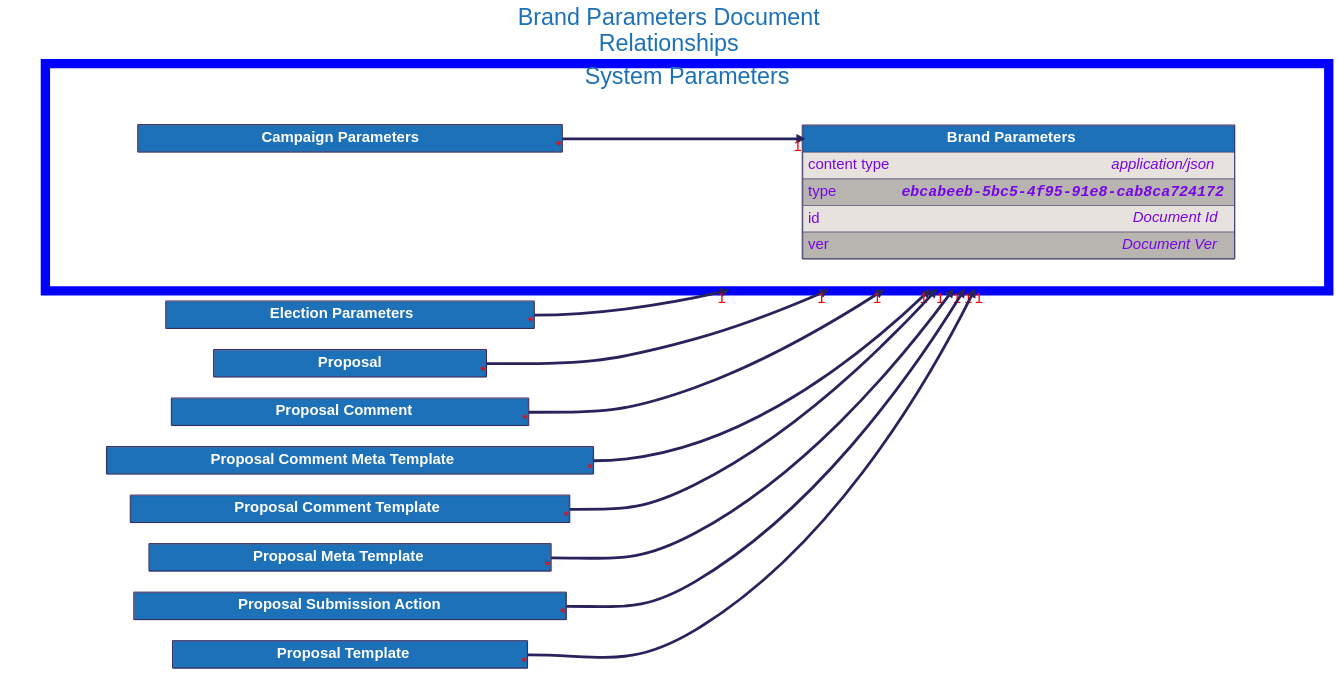
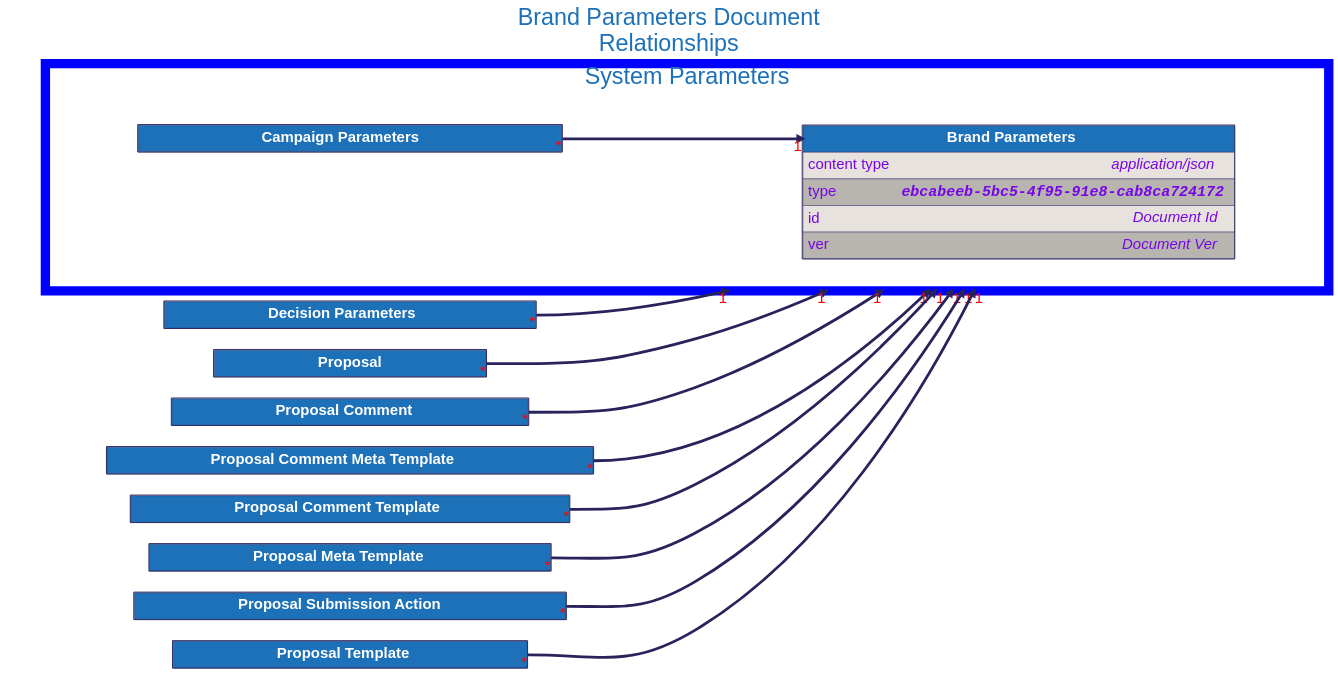
Before and after one commit to input-output-hk/catalyst-libs: the diagram in docs/src/architecture/08_concepts/signed_doc/diagrams/brand_parameters.dot, drawn with Graphviz. The commit also changed 10 other files, not shown here.

Commit message:
fix(docs): Rename Election Parameters to Decision parameters

```diff
--- a/docs/src/architecture/08_concepts/signed_doc/diagrams/brand_parameters.dot
+++ b/docs/src/architecture/08_concepts/signed_doc/diagrams/brand_parameters.dot
@@ -89,13 +89,13 @@
 
     }
 
-    "Election Parameters" [
-        id="Election Parameters";
+    "Decision Parameters" [
+        id="Decision Parameters";
         label=<
             <TABLE BORDER="2" COLOR="#29235c" CELLBORDER="1" CELLSPACING="0" CELLPADDING="10">
             <TR>
-                <TD PORT="title" BGCOLOR="#1d71b8" HREF="../election_parameters/">
-                    <FONT COLOR="#ffffff"><B> Election Parameters </B></FONT>
+                <TD PORT="title" BGCOLOR="#1d71b8" HREF="../decision_parameters/">
+                    <FONT COLOR="#ffffff"><B> Decision Parameters </B></FONT>
                 </TD>
             </TR>
 
@@ -210,7 +210,7 @@
 
 
     "Campaign Parameters":"title":e -> "Brand Parameters":"title":w [dir=forward, penwidth=6, color="#29235c", headlabel="1", taillabel="*"]
-    "Election Parameters":"title":e -> "Brand Parameters" [dir=forward, penwidth=6, color="#29235c", headlabel="1", taillabel="*", lhead="cluster_system_parameters"]
+    "Decision Parameters":"title":e -> "Brand Parameters" [dir=forward, penwidth=6, color="#29235c", headlabel="1", taillabel="*", lhead="cluster_system_parameters"]
     "Proposal":"title":e -> "Brand Parameters" [dir=forward, penwidth=6, color="#29235c", headlabel="1", taillabel="*", lhead="cluster_system_parameters"]
     "Proposal Comment":"title":e -> "Brand Parameters" [dir=forward, penwidth=6, color="#29235c", headlabel="1", taillabel="*", lhead="cluster_system_parameters"]
     "Proposal Comment Meta Template":"title":e -> "Brand Parameters" [dir=forward, penwidth=6, color="#29235c", headlabel="1", taillabel="*", lhead="cluster_system_parameters"]
```
